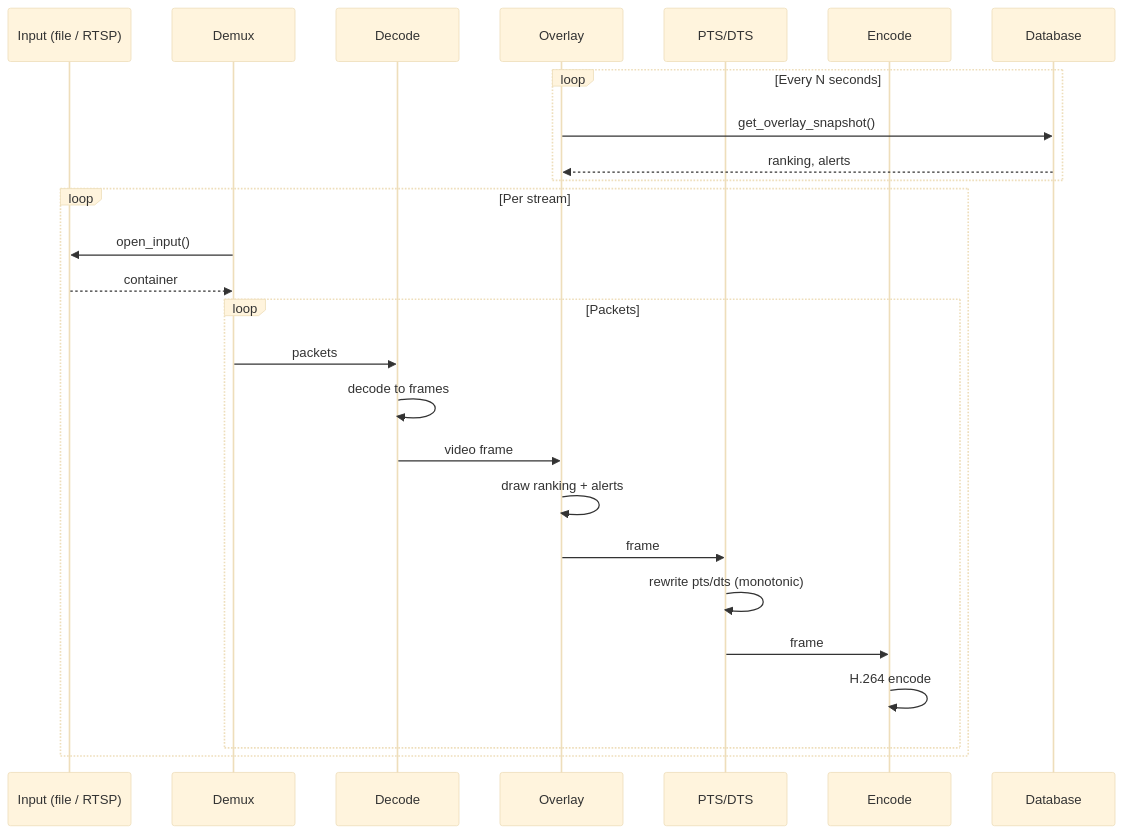
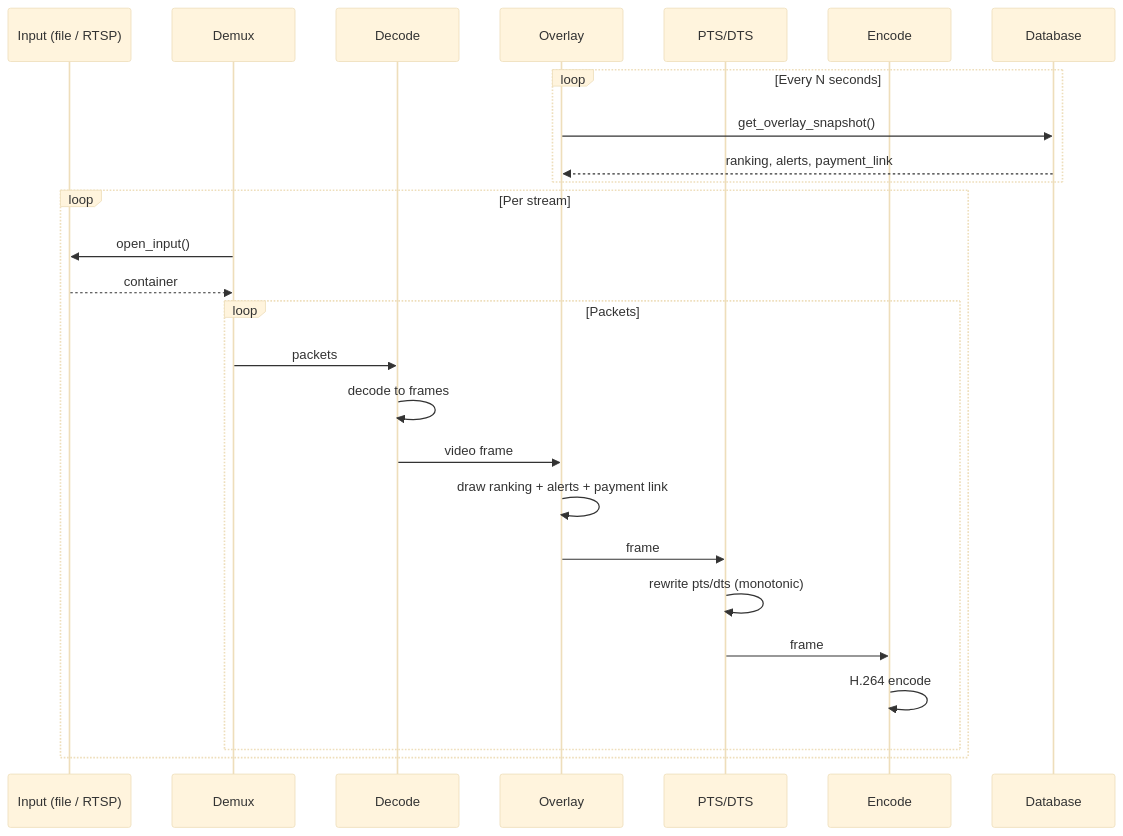
The third of 5 diagrams in README.md (iklobato/donatik-tube), drawn with Mermaid (base theme) before and after one commit. The commit also changed other lines of this file and 1 other file, not shown here.

First line of the commit message:
docs: update README for payment link and Stripe

````diff
--- a/README.md
+++ b/README.md
@@ -90,30 +90,30 @@
 ```mermaid
 sequenceDiagram
     participant Input as Input (file / RTSP)
     participant Demux as Demux
     participant Decode as Decode
     participant Overlay as Overlay
     participant PTS as PTS/DTS
     participant Encode as Encode
     participant DB as Database
 
     loop Every N seconds
         Overlay->>DB: get_overlay_snapshot()
-        DB-->>Overlay: ranking, alerts
+        DB-->>Overlay: ranking, alerts, payment_link
     end
 
     loop Per stream
         Demux->>Input: open_input()
         Input-->>Demux: container
         loop Packets
             Demux->>Decode: packets
             Decode->>Decode: decode to frames
             Decode->>Overlay: video frame
-            Overlay->>Overlay: draw ranking + alerts
+            Overlay->>Overlay: draw ranking + alerts + payment link
             Overlay->>PTS: frame
             PTS->>PTS: rewrite pts/dts (monotonic)
             PTS->>Encode: frame
             Encode->>Encode: H.264 encode
         end
     end
 ```
````
